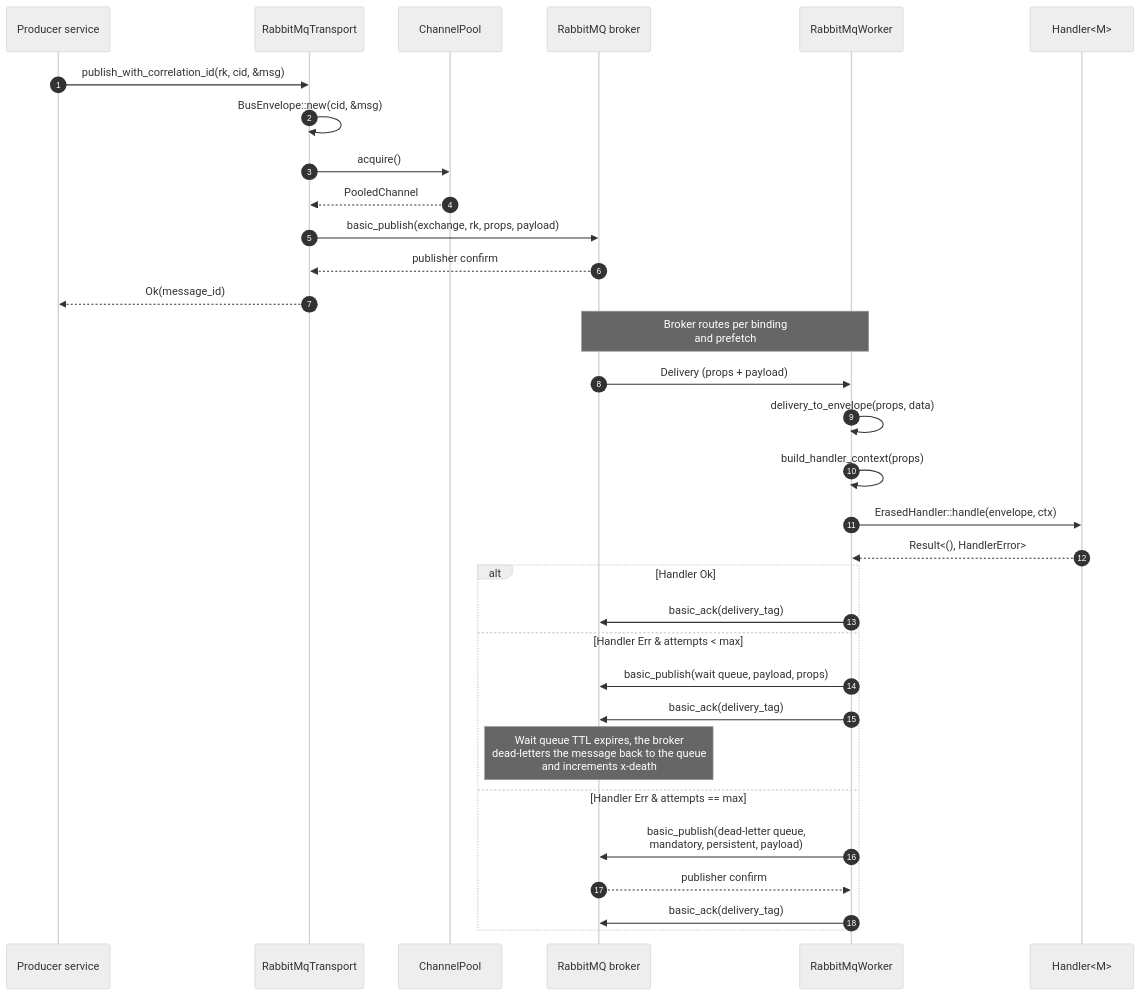
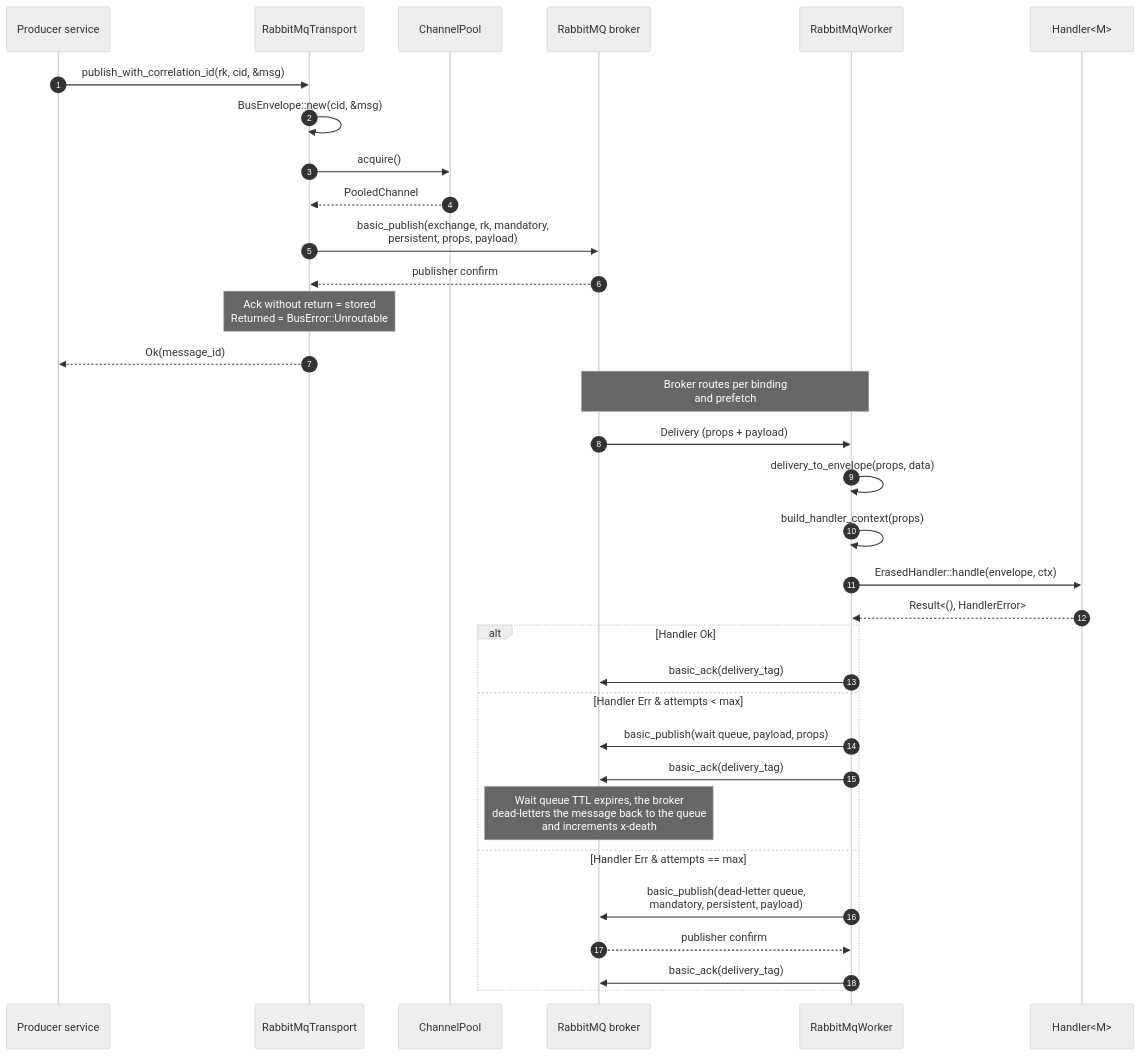
One commit to nubster-opensources/hexeract changed the first of 2 diagrams in docs/architecture/bus-flow.md. Above: the diagram before and after it, drawn with Mermaid (neutral theme). The commit also changed other lines of this file and 3 other files, not shown here.

````diff
--- a/docs/architecture/bus-flow.md
+++ b/docs/architecture/bus-flow.md
@@ -7,37 +7,38 @@
 ```mermaid
 sequenceDiagram
     autonumber
     participant App as Producer service
     participant Tx as RabbitMqTransport
     participant Pool as ChannelPool
     participant Broker as RabbitMQ broker
     participant Worker as RabbitMqWorker
     participant Handler as Handler<M>
 
     App->>Tx: publish_with_correlation_id(rk, cid, &msg)
     Tx->>Tx: BusEnvelope::new(cid, &msg)
     Tx->>Pool: acquire()
     Pool-->>Tx: PooledChannel
-    Tx->>Broker: basic_publish(exchange, rk, props, payload)
+    Tx->>Broker: basic_publish(exchange, rk, mandatory,<br/>persistent, props, payload)
     Broker-->>Tx: publisher confirm
+    Note over Tx: Ack without return = stored<br/>Returned = BusError::Unroutable
     Tx-->>App: Ok(message_id)
 
     Note over Broker,Worker: Broker routes per binding<br/>and prefetch
     Broker->>Worker: Delivery (props + payload)
     Worker->>Worker: delivery_to_envelope(props, data)
     Worker->>Worker: build_handler_context(props)
     Worker->>Handler: ErasedHandler::handle(envelope, ctx)
     Handler-->>Worker: Result<(), HandlerError>
 
     alt Handler Ok
         Worker->>Broker: basic_ack(delivery_tag)
     else Handler Err & attempts < max
         Worker->>Broker: basic_publish(wait queue, payload, props)
         Worker->>Broker: basic_ack(delivery_tag)
         Note over Broker: Wait queue TTL expires, the broker<br/>dead-letters the message back to the queue<br/>and increments x-death
     else Handler Err & attempts == max
         Worker->>Broker: basic_publish(dead-letter queue,<br/>mandatory, persistent, payload)
         Broker-->>Worker: publisher confirm
         Worker->>Broker: basic_ack(delivery_tag)
     end
 ```
````
